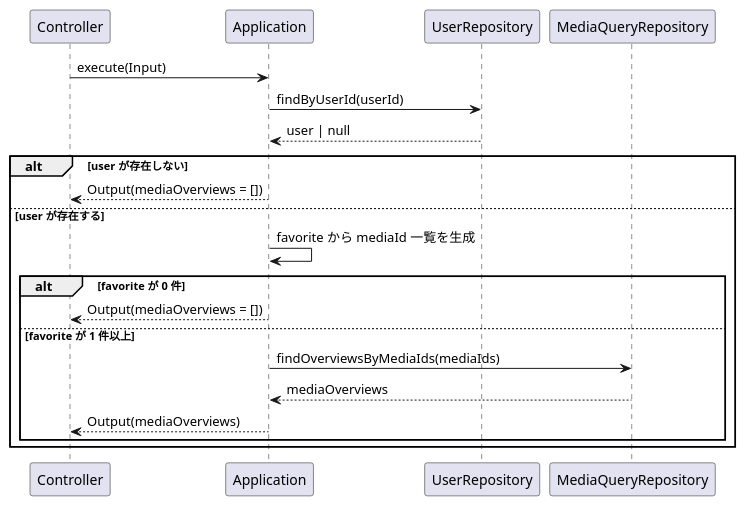
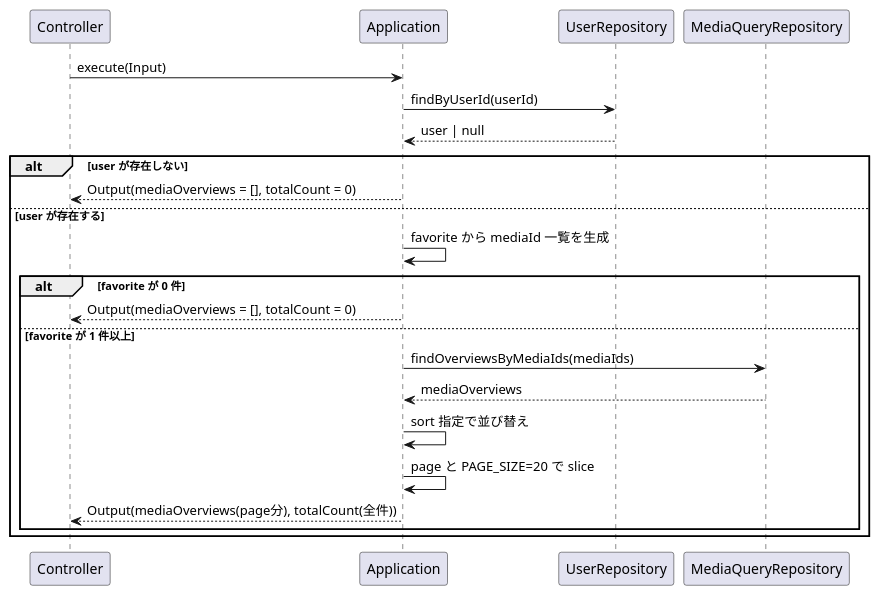
The third of 3 diagrams in doc/4_application/user/query/GetFavoriteSummariesService/readme.md (hachimitu22/MangaViewer), drawn with PlantUML before and after one commit. The commit also changed other lines of this file, not shown here.

````diff
--- a/doc/4_application/user/query/GetFavoriteSummariesService/readme.md
+++ b/doc/4_application/user/query/GetFavoriteSummariesService/readme.md
@@ -57,22 +84,24 @@
 ```plantuml
 participant Controller
 participant Application
 participant UserRepository
 participant MediaQueryRepository
 
 Controller -> Application: execute(Input)
 Application -> UserRepository: findByUserId(userId)
 Application <-- UserRepository: user | null
 alt user が存在しない
-  Controller <-- Application: Output(mediaOverviews = [])
+  Controller <-- Application: Output(mediaOverviews = [], totalCount = 0)
 else user が存在する
   Application -> Application: favorite から mediaId 一覧を生成
   alt favorite が 0 件
-    Controller <-- Application: Output(mediaOverviews = [])
+    Controller <-- Application: Output(mediaOverviews = [], totalCount = 0)
   else favorite が 1 件以上
     Application -> MediaQueryRepository: findOverviewsByMediaIds(mediaIds)
     Application <-- MediaQueryRepository: mediaOverviews
-    Controller <-- Application: Output(mediaOverviews)
+    Application -> Application: sort 指定で並び替え
+    Application -> Application: page と PAGE_SIZE=20 で slice
+    Controller <-- Application: Output(mediaOverviews(page分), totalCount(全件))
   end
 end
 ```
````
